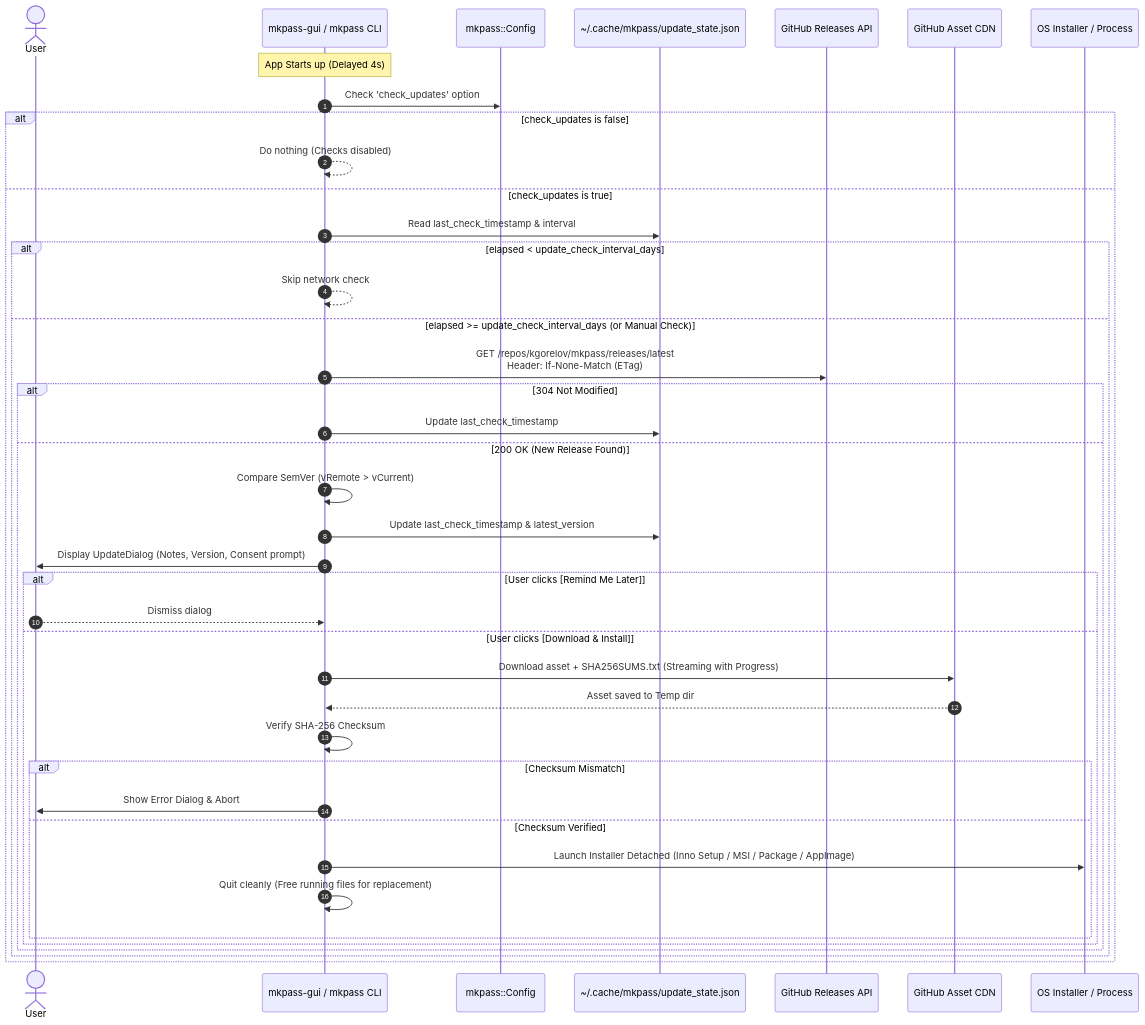
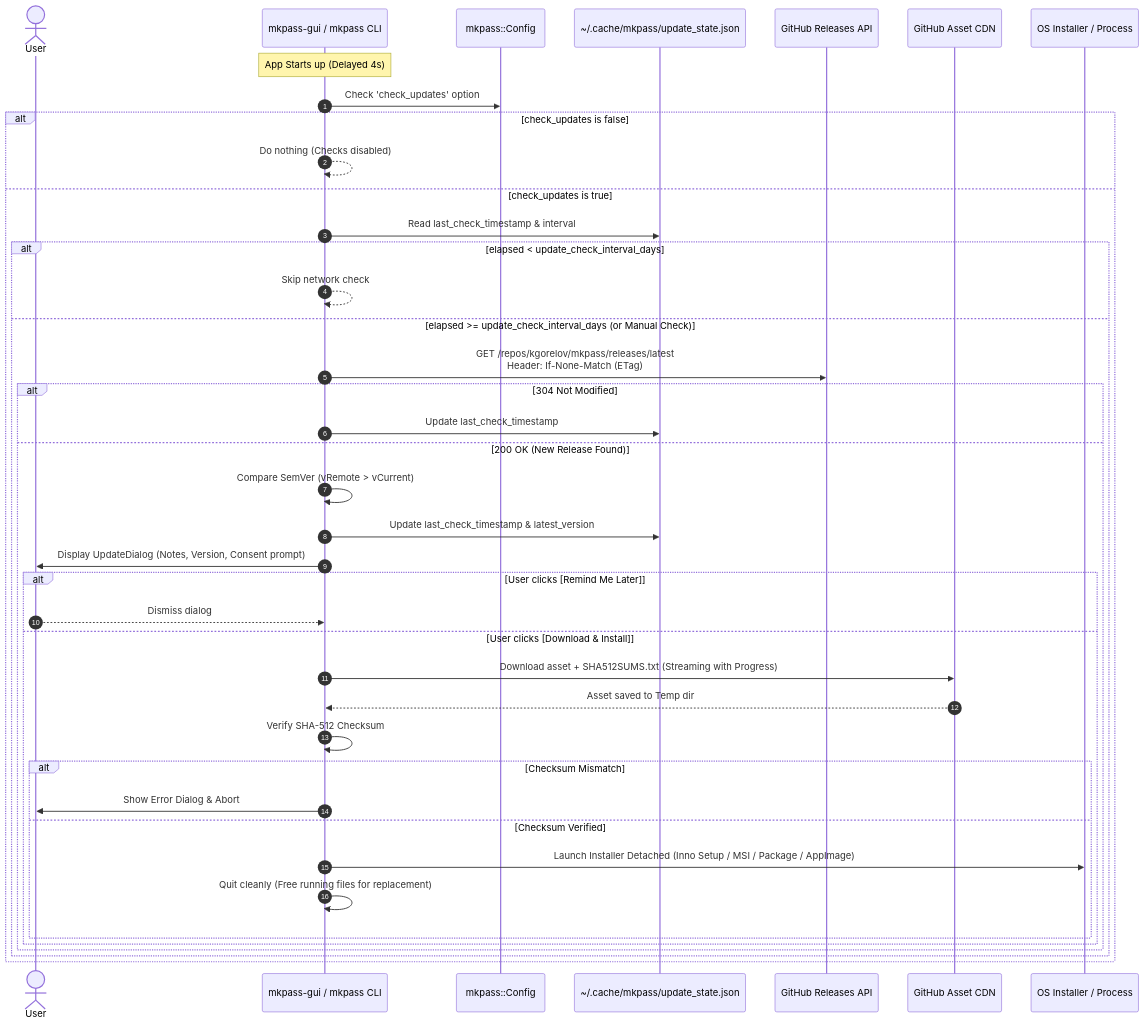
The third of 5 diagrams in docs/plans/packages_plan.md (kgorelov/mkpass), drawn with Mermaid before and after one commit. The commit also changed other lines of this file and 4 other files, not shown here.

````diff
--- a/docs/plans/packages_plan.md
+++ b/docs/plans/packages_plan.md
@@ -318,44 +318,44 @@
 ```mermaid
 sequenceDiagram
     autonumber
     actor User
     participant App as mkpass-gui / mkpass CLI
     participant Cfg as mkpass::Config
     participant Cache as ~/.cache/mkpass/update_state.json
     participant API as GitHub Releases API
     participant CDN as GitHub Asset CDN
     participant OS as OS Installer / Process
 
     Note over App: App Starts up (Delayed 4s)
     App->>Cfg: Check 'check_updates' option
     alt check_updates is false
         App-->>App: Do nothing (Checks disabled)
     else check_updates is true
         App->>Cache: Read last_check_timestamp & interval
         alt elapsed < update_check_interval_days
             App-->>App: Skip network check
         else elapsed >= update_check_interval_days (or Manual Check)
             App->>API: GET /repos/kgorelov/mkpass/releases/latest<br>Header: If-None-Match (ETag)
             alt 304 Not Modified
                 App->>Cache: Update last_check_timestamp
             else 200 OK (New Release Found)
                 App->>App: Compare SemVer (vRemote > vCurrent)
                 App->>Cache: Update last_check_timestamp & latest_version
                 App->>User: Display UpdateDialog (Notes, Version, Consent prompt)
                 alt User clicks [Remind Me Later]
                     User-->>App: Dismiss dialog
                 else User clicks [Download & Install]
-                    App->>CDN: Download asset + SHA256SUMS.txt (Streaming with Progress)
+                    App->>CDN: Download asset + SHA512SUMS.txt (Streaming with Progress)
                     CDN-->>App: Asset saved to Temp dir
-                    App->>App: Verify SHA-256 Checksum
+                    App->>App: Verify SHA-512 Checksum
                     alt Checksum Mismatch
                         App->>User: Show Error Dialog & Abort
                     else Checksum Verified
                         App->>OS: Launch Installer Detached (Inno Setup / MSI / Package / AppImage)
                         App->>App: Quit cleanly (Free running files for replacement)
                     end
                 end
             end
         end
     end
 ```
````
